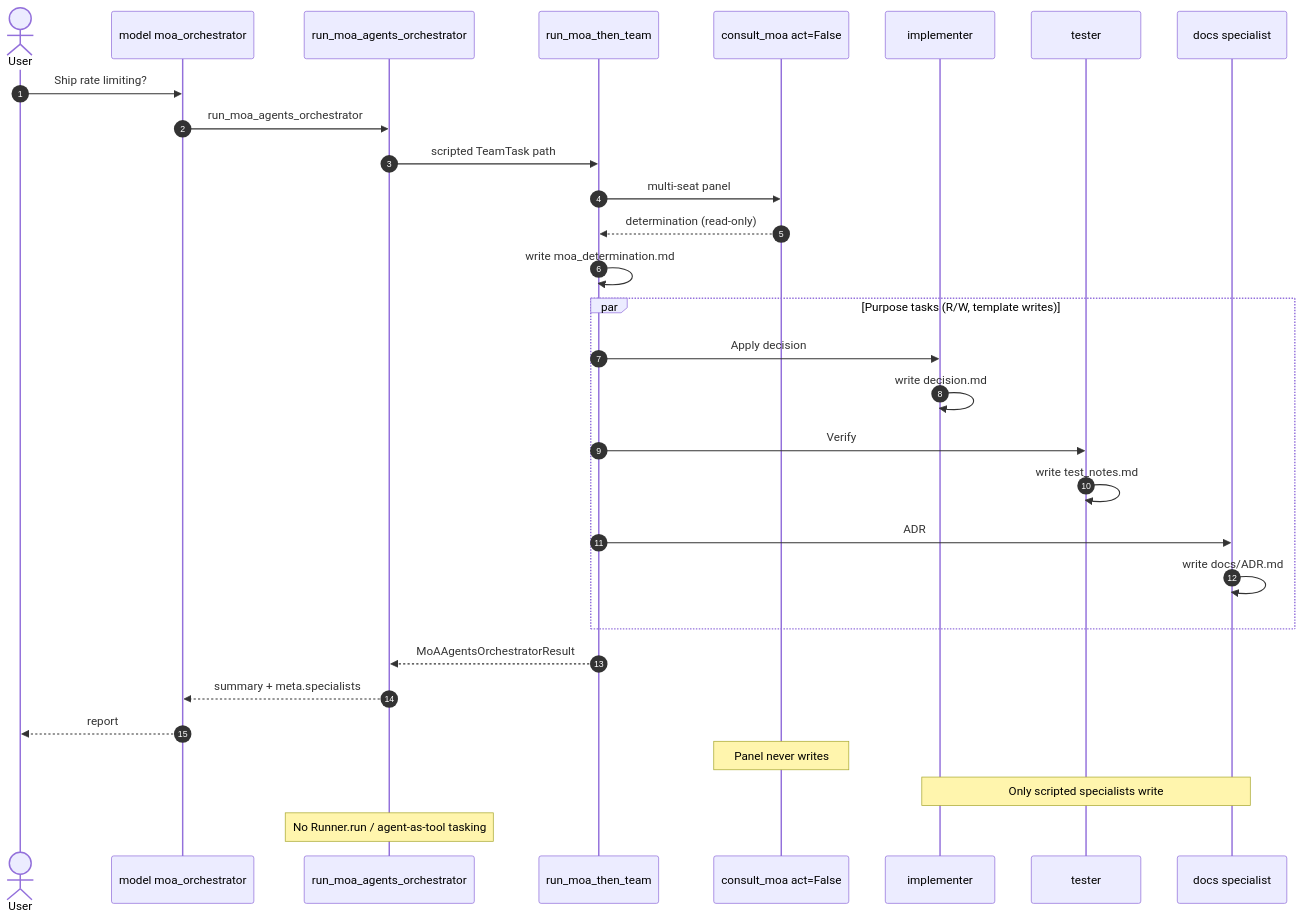
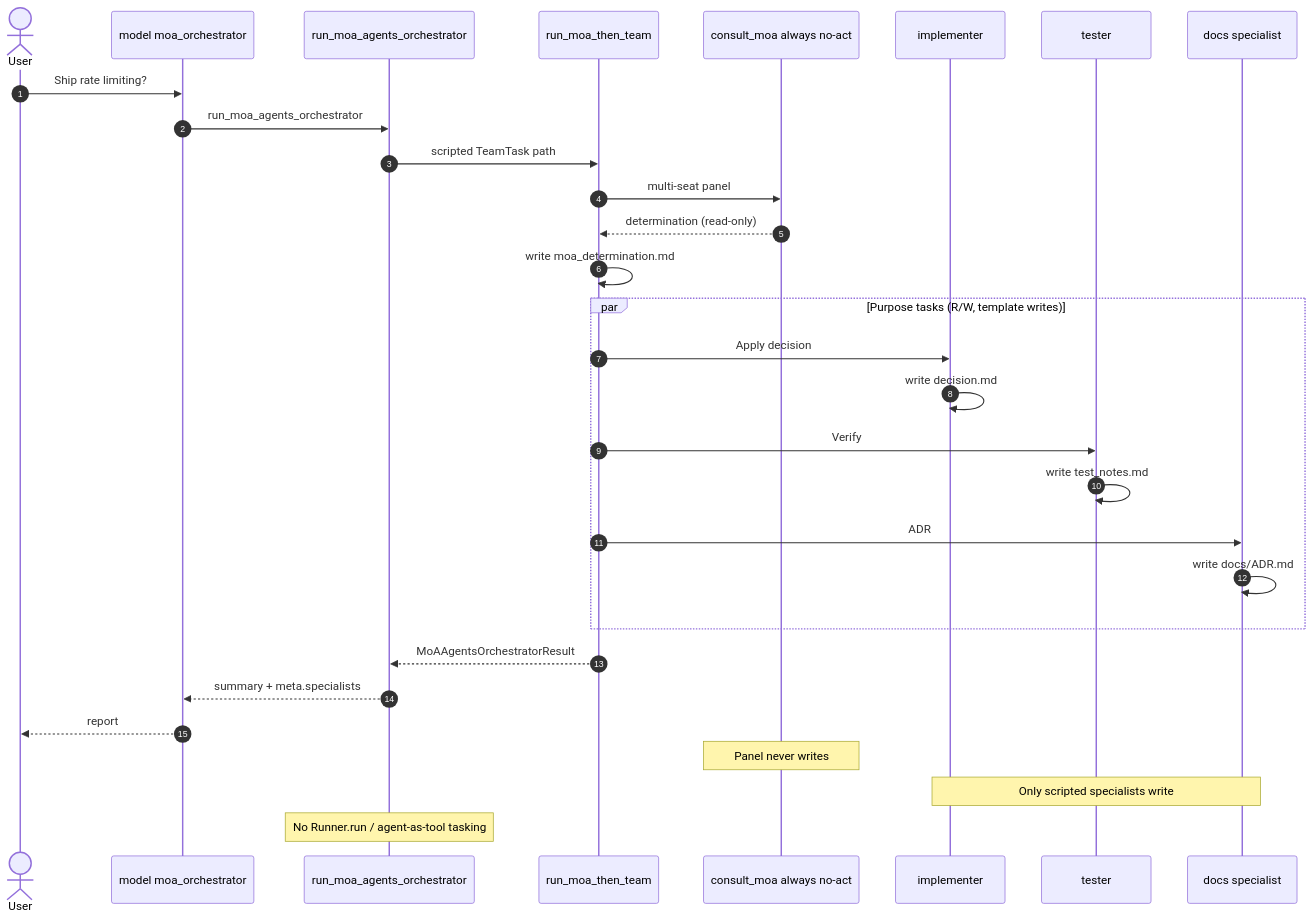
One commit to matthewhand/open-swarm changed the third of 3 diagrams in docs/examples/moa-orchestrator/README.md. Above: the diagram before and after it, drawn with Mermaid. The commit also changed 4 other files, not shown here.

First line of the commit message:
docs(moa): drop consult_moa act=False from orchestrator diagrams

````diff
--- a/docs/examples/moa-orchestrator/README.md
+++ b/docs/examples/moa-orchestrator/README.md
@@ -138,33 +138,33 @@
 ```mermaid
 sequenceDiagram
     autonumber
     actor User
     participant API as model moa_orchestrator
     participant Coord as run_moa_agents_orchestrator
     participant Team as run_moa_then_team
-    participant MoA as consult_moa act=False
+    participant MoA as consult_moa always no-act
     participant Imp as implementer
     participant Tst as tester
     participant Docs as docs specialist
 
     User->>API: Ship rate limiting?
     API->>Coord: run_moa_agents_orchestrator
     Coord->>Team: scripted TeamTask path
     Team->>MoA: multi-seat panel
     MoA-->>Team: determination (read-only)
     Team->>Team: write moa_determination.md
     par Purpose tasks (R/W, template writes)
         Team->>Imp: Apply decision
         Imp->>Imp: write decision.md
         Team->>Tst: Verify
         Tst->>Tst: write test_notes.md
         Team->>Docs: ADR
         Docs->>Docs: write docs/ADR.md
     end
     Team-->>Coord: MoAAgentsOrchestratorResult
     Coord-->>API: summary + meta.specialists
     API-->>User: report
     Note over MoA: Panel never writes
     Note over Imp,Docs: Only scripted specialists write
     Note over Coord: No Runner.run / agent-as-tool tasking
 ```
````
